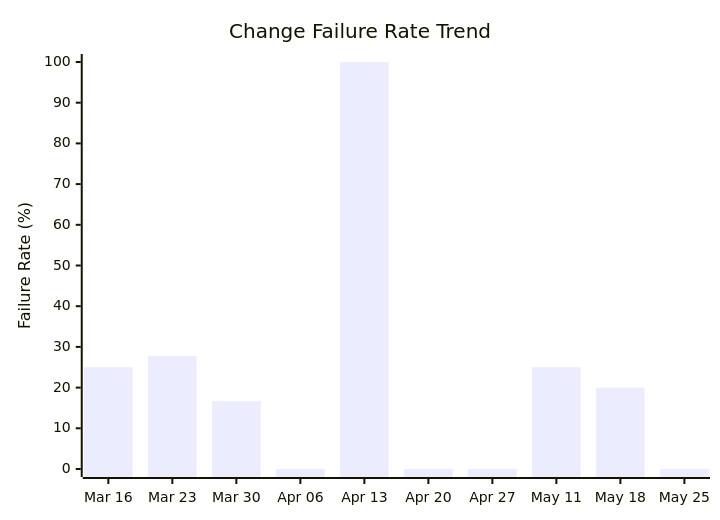
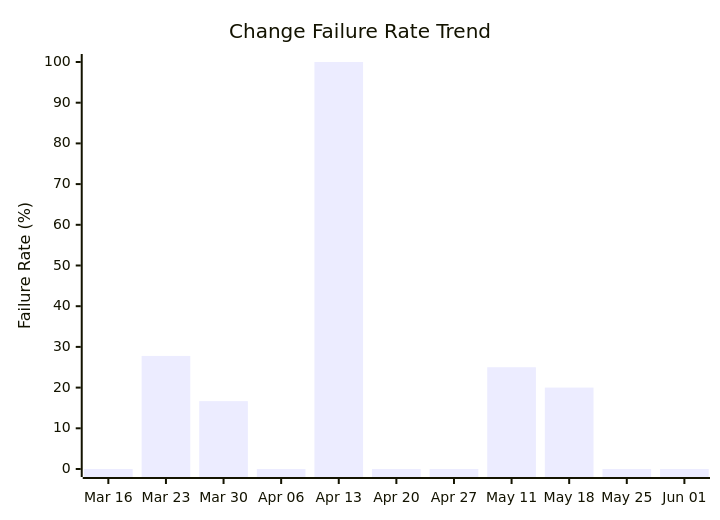
The fourth of 4 diagrams in docs/ci-cd/dora-summary.md (ukma-cs-ssdm-2025/rate-ukma), drawn with Mermaid before and after one commit. The commit also changed other lines of this file, not shown here.

````diff
--- a/docs/ci-cd/dora-summary.md
+++ b/docs/ci-cd/dora-summary.md
@@ -67,7 +68,7 @@
 ```mermaid
 xychart-beta
     title "Change Failure Rate Trend"
-    x-axis ["Mar 16", "Mar 23", "Mar 30", "Apr 06", "Apr 13", "Apr 20", "Apr 27", "May 11", "May 18", "May 25"]
+    x-axis ["Mar 16", "Mar 23", "Mar 30", "Apr 06", "Apr 13", "Apr 20", "Apr 27", "May 11", "May 18", "May 25", "Jun 01"]
     y-axis "Failure Rate (%)" 0 --> 100
-    bar [25.00, 27.78, 16.67, 0.00, 100.00, 0.00, 0.00, 25.00, 20.00, 0.00]
+    bar [0.00, 27.78, 16.67, 0.00, 100.00, 0.00, 0.00, 25.00, 20.00, 0.00, 0.00]
 ```
````
